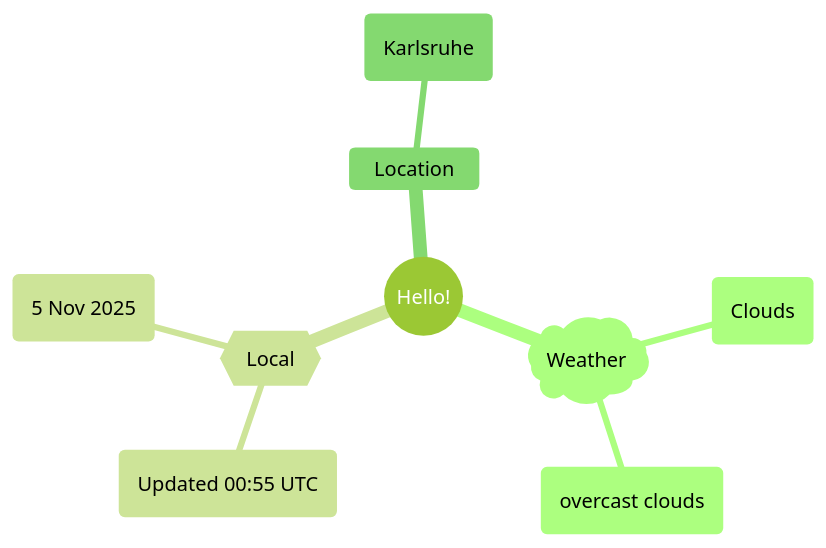
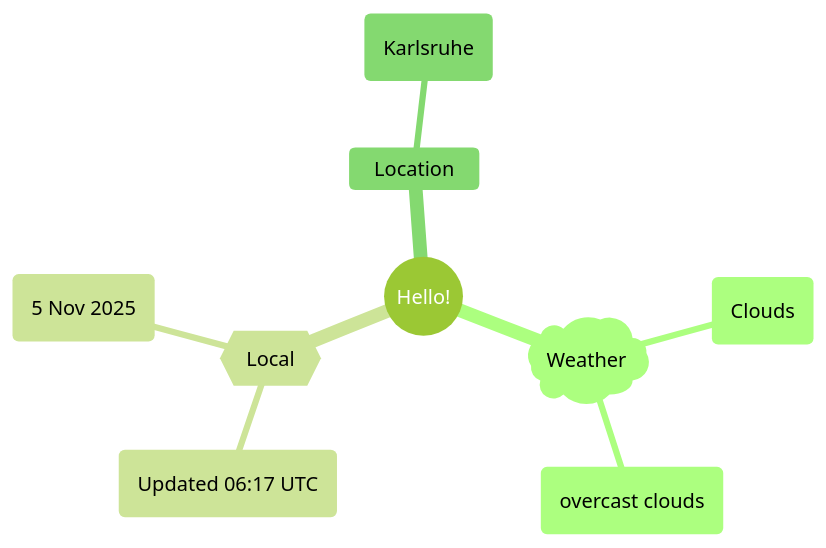
The first of 2 diagrams in README.md (Xosrov/Xosrov), drawn with Mermaid (forest theme) before and after one commit.

Commit message:
[bot] updated images

````diff
--- a/README.md
+++ b/README.md
@@ -3,12 +3,12 @@
 ```mermaid
 mindmap
   root((Hello!))
     )Weather(
         (Clouds)
         (overcast clouds)
     {{Local}}
-        (Updated 00:55 UTC)
+        (Updated 06:17 UTC)
         (5 Nov 2025)
     Location
         (Karlsruhe)
 ```
````
